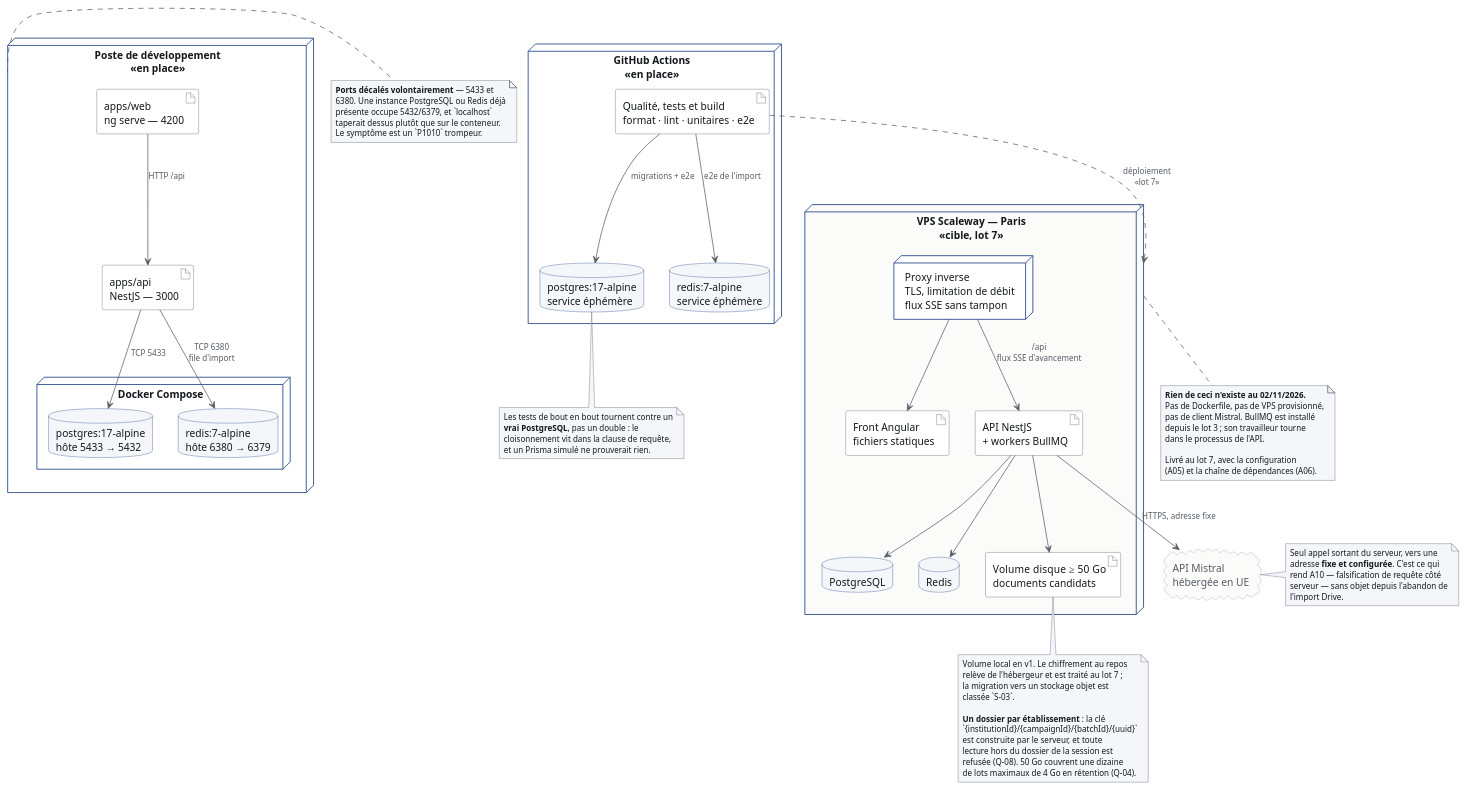
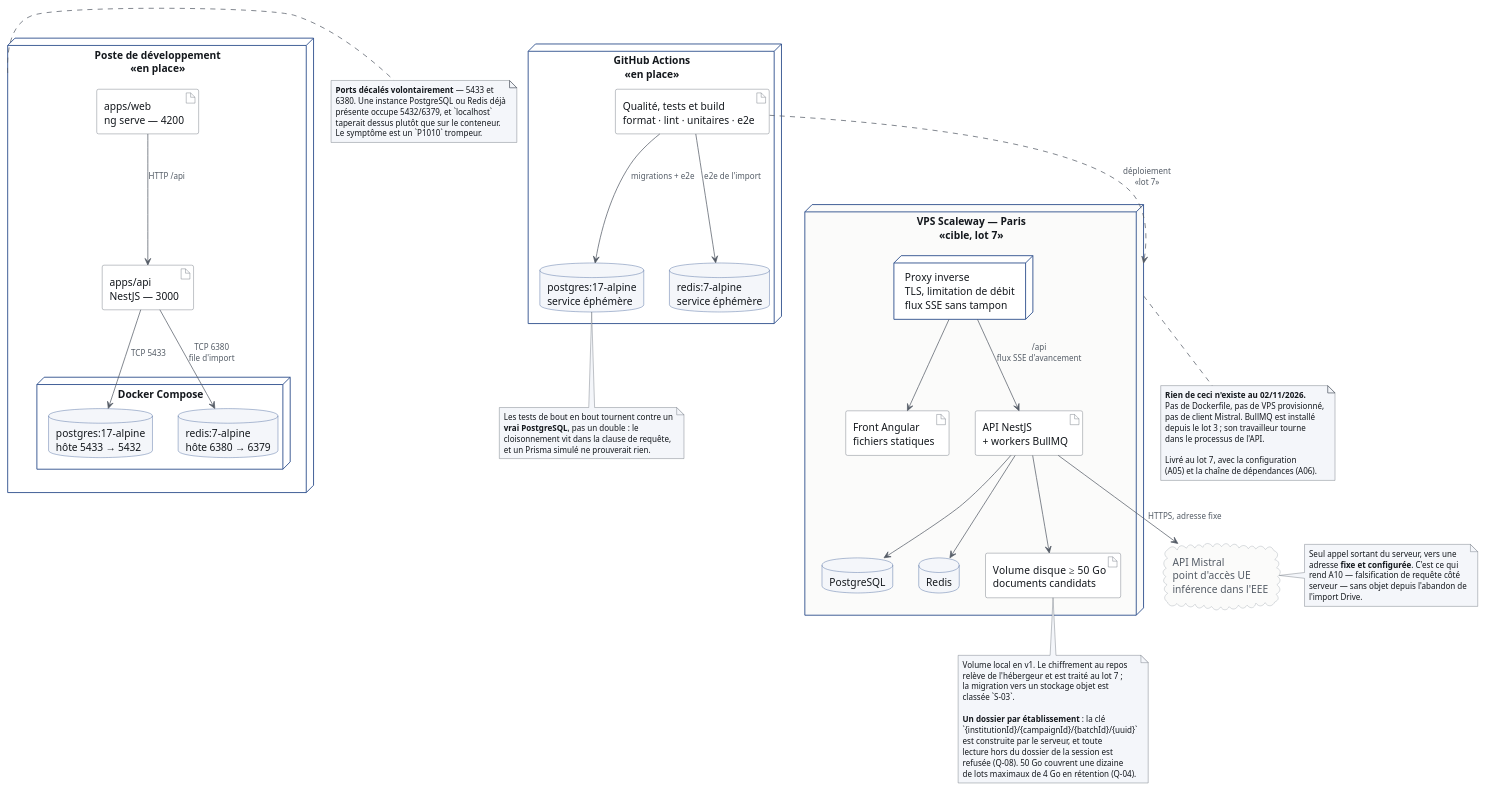
The diagram in docs/conception/diagramme-deploiement.puml (XamTV/Probo), drawn with PlantUML before and after one commit. The commit also changed 13 other files, not shown here.

```diff
--- a/docs/conception/diagramme-deploiement.puml
+++ b/docs/conception/diagramme-deploiement.puml
@@ -1,145 +1,145 @@
 @startuml diagramme-deploiement
 ' Probo — diagramme de déploiement
 '
 ' Deux environnements, et la distinction est le propos du diagramme :
 '
 '   EN PLACE    — ce qui tourne aujourd'hui : le poste de développement et la
 '                 chaîne d'intégration continue.
 '   CIBLE       — la production, qui n'existe pas encore. Aucun Dockerfile
 '                 n'est écrit, aucun VPS n'est provisionné. Elle est livrée au
 '                 lot 7, avec A05 et A06 du plan de sécurisation.
 '
 ' Les mentionner ensemble sans les distinguer reviendrait à revendiquer une
 ' capacité non implémentée. Le trait pointillé et la mention « lot 7 » portent
 ' cette distinction.
 
 skinparam shadowing false
 skinparam defaultFontName Helvetica
 skinparam node {
   BackgroundColor #FFFFFF
   BorderColor #294B8A
   BorderThickness 1.2
   FontColor #14181D
 }
 skinparam database {
   BackgroundColor #F4F6FA
   BorderColor #294B8A
   FontColor #14181D
 }
 skinparam cloud {
   BackgroundColor #FBFBFA
   BorderColor #9AA1A9
   FontColor #545C66
 }
 skinparam artifact {
   BackgroundColor #FFFFFF
   BorderColor #545C66
   FontColor #14181D
 }
 skinparam note {
   BackgroundColor #F4F6FA
   BorderColor #545C66
   FontColor #14181D
   FontSize 11
 }
 skinparam arrow {
   Color #545C66
   FontColor #545C66
   FontSize 11
 }
 
 ' ───────────────────────────── EN PLACE ─────────────────────────────
 
 node "Poste de développement\n<<en place>>" as POSTE {
   artifact "apps/web\nng serve — 4200" as WEB_DEV
   artifact "apps/api\nNestJS — 3000" as API_DEV
 
   node "Docker Compose" as COMPOSE {
     database "postgres:17-alpine\nhôte 5433 → 5432" as PG_DEV
     database "redis:7-alpine\nhôte 6380 → 6379" as REDIS_DEV
   }
 }
 
 node "GitHub Actions\n<<en place>>" as CI {
   artifact "Qualité, tests et build\nformat · lint · unitaires · e2e" as JOB
   database "postgres:17-alpine\nservice éphémère" as PG_CI
   database "redis:7-alpine\nservice éphémère" as REDIS_CI
 }
 
 WEB_DEV --> API_DEV : HTTP /api
 API_DEV --> PG_DEV : TCP 5433
 API_DEV --> REDIS_DEV : TCP 6380\nfile d'import
 JOB --> PG_CI : migrations + e2e
 JOB --> REDIS_CI : e2e de l'import
 
 ' ───────────────────────────── CIBLE, LOT 7 ─────────────────────────
 
 node "VPS Scaleway — Paris\n<<cible, lot 7>>" as VPS #FBFBFA {
   node "Proxy inverse\nTLS, limitation de débit\nflux SSE sans tampon" as PROXY
   artifact "Front Angular\nfichiers statiques" as WEB_PROD
   artifact "API NestJS\n+ workers BullMQ" as API_PROD
   database "PostgreSQL" as PG_PROD
   database "Redis" as REDIS_PROD
   artifact "Volume disque ≥ 50 Go\ndocuments candidats" as DISQUE
 }
 
-cloud "API Mistral\nhébergée en UE" as MISTRAL
+cloud "API Mistral\npoint d'accès UE\ninférence dans l'EEE" as MISTRAL
 
 PROXY --> WEB_PROD
 PROXY --> API_PROD : /api\nflux SSE d'avancement
 API_PROD --> PG_PROD
 API_PROD --> REDIS_PROD
 API_PROD --> DISQUE
 API_PROD --> MISTRAL : HTTPS, adresse fixe
 
 JOB ..> VPS : déploiement\n<<lot 7>>
 
 note bottom of VPS
   **Rien de ceci n'existe au 02/11/2026.**
   Pas de Dockerfile, pas de VPS provisionné,
   pas de client Mistral. BullMQ est installé
   depuis le lot 3 ; son travailleur tourne
   dans le processus de l'API.
 
   Livré au lot 7, avec la configuration
   (A05) et la chaîne de dépendances (A06).
 end note
 
 note right of POSTE
   **Ports décalés volontairement** — 5433 et
   6380. Une instance PostgreSQL ou Redis déjà
   présente occupe 5432/6379, et `localhost`
   taperait dessus plutôt que sur le conteneur.
   Le symptôme est un `P1010` trompeur.
 end note
 
 note bottom of PG_CI
   Les tests de bout en bout tournent contre un
   **vrai PostgreSQL**, pas un double : le
   cloisonnement vit dans la clause de requête,
   et un Prisma simulé ne prouverait rien.
 end note
 
 note right of MISTRAL
   Seul appel sortant du serveur, vers une
   adresse **fixe et configurée**. C'est ce qui
   rend A10 — falsification de requête côté
   serveur — sans objet depuis l'abandon de
   l'import Drive.
 end note
 
 note bottom of DISQUE
   Volume local en v1. Le chiffrement au repos
   relève de l'hébergeur et est traité au lot 7 ;
   la migration vers un stockage objet est
   classée `S-03`.
 
   **Un dossier par établissement** : la clé
   `{institutionId}/{campaignId}/{batchId}/{uuid}`
   est construite par le serveur, et toute
   lecture hors du dossier de la session est
   refusée (Q-08). 50 Go couvrent une dizaine
   de lots maximaux de 4 Go en rétention (Q-04).
 end note
 
 @enduml
```
